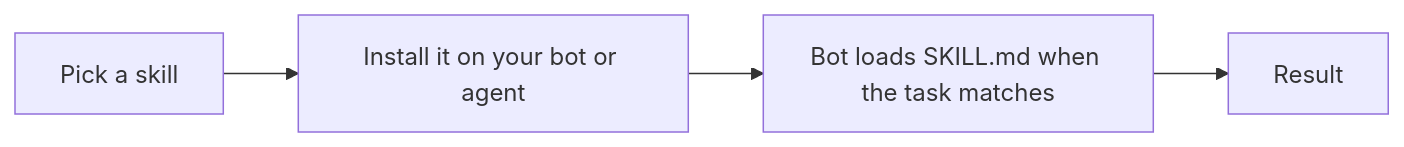
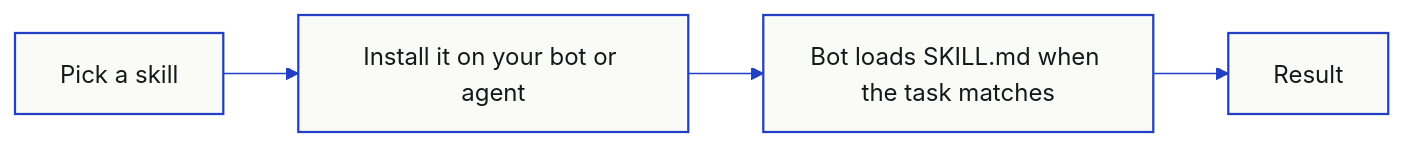
Before and after one commit to coolxeo/grok-bot-skills: the diagram in README.md, drawn with Mermaid. The commit also changed other lines of this file, not shown here.

First line of the commit message:
README: use botkits.dev blue and white for badges and the diagram (#22)

````diff
--- a/README.md
+++ b/README.md
@@ -257,6 +257,9 @@
 ```mermaid
+%%{init: {"theme": "base", "themeVariables": {"primaryColor": "#fafaf7", "primaryTextColor": "#14181b", "primaryBorderColor": "#2340c4", "lineColor": "#2340c4", "secondaryColor": "#f1f2ee", "tertiaryColor": "#f1f2ee", "edgeLabelBackground": "#f1f2ee"}}}%%
 flowchart LR
   A[Pick a skill] --> B[Install it on your bot or agent]
   B --> C[Bot loads SKILL.md when the task matches]
   C --> D[Result]
+  classDef step fill:#fafaf7,stroke:#2340c4,color:#14181b,stroke-width:1.5px
+  class A,B,C,D step
 ```
````
